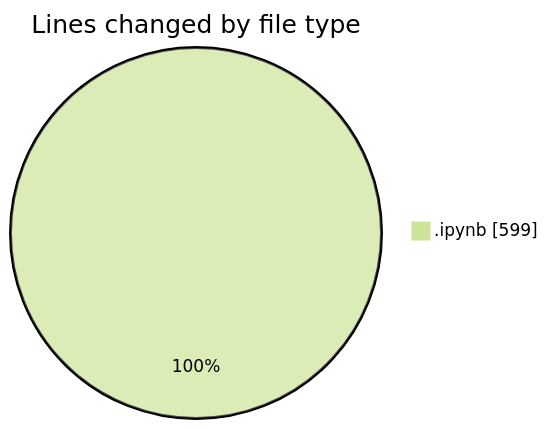
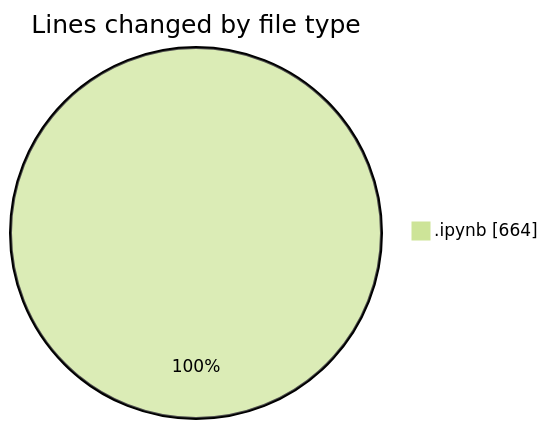
Before and after one commit to Unknowalive/code-tracking: the first of 2 diagrams in 2026-09-01/pws_v/README.md, drawn with Mermaid (forest theme). The commit also changed other lines of this file and 1 other file, not shown here.

````diff
--- a/2026-09-01/pws_v/README.md
+++ b/2026-09-01/pws_v/README.md
@@ -20,5 +20,5 @@
 ```mermaid
 pie showData
 title Lines changed by file type
-".ipynb" : 599
+".ipynb" : 664
 ```
````
